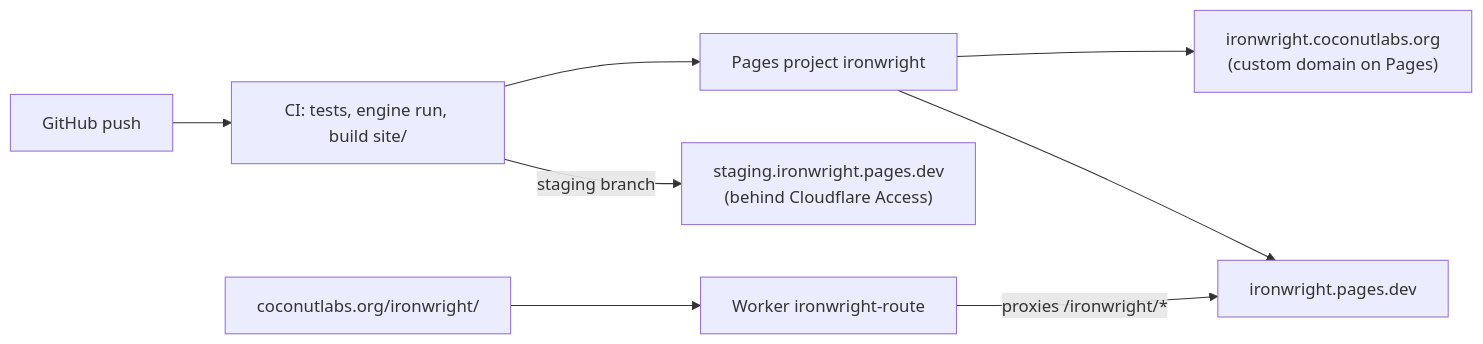
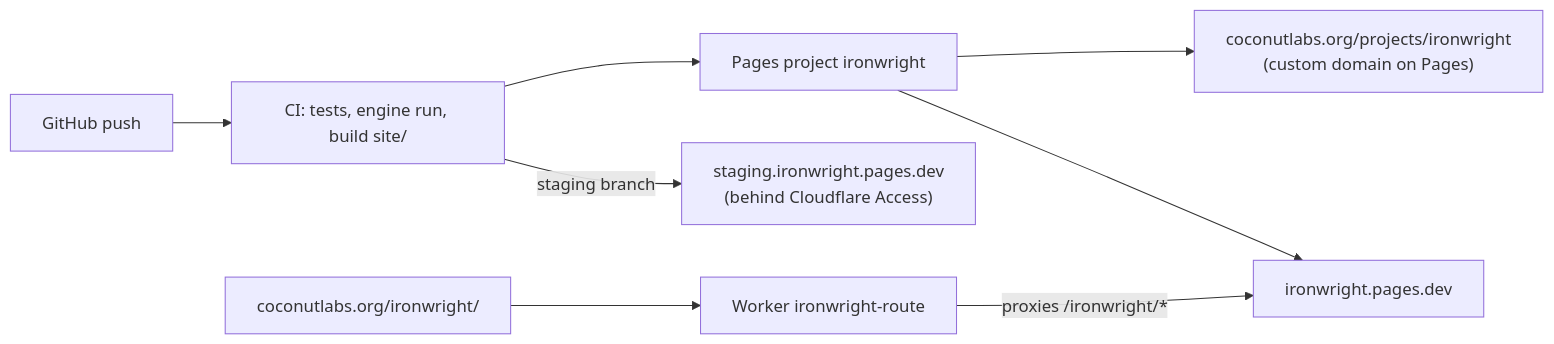
The second of 2 diagrams in deploy/README.md (ShreyPatel4/ironwright), drawn with Mermaid before and after one commit. The commit also changed other lines of this file and 4 other files, not shown here.

````diff
--- a/deploy/README.md
+++ b/deploy/README.md
@@ -33,10 +33,10 @@
 ```mermaid
 flowchart LR
   GH["GitHub push"] --> CI["CI: tests, engine run, build site/"]
   CI --> P["Pages project ironwright"]
-  P --> SUB["ironwright.coconutlabs.org<br/>(custom domain on Pages)"]
+  P --> SUB["coconutlabs.org/projects/ironwright<br/>(custom domain on Pages)"]
   P --> PD["ironwright.pages.dev"]
   W["Worker ironwright-route"] -- "proxies /ironwright/*" --> PD
   MAIN["coconutlabs.org/ironwright/"] --> W
   CI -- "staging branch" --> ST["staging.ironwright.pages.dev<br/>(behind Cloudflare Access)"]
 ```
````
